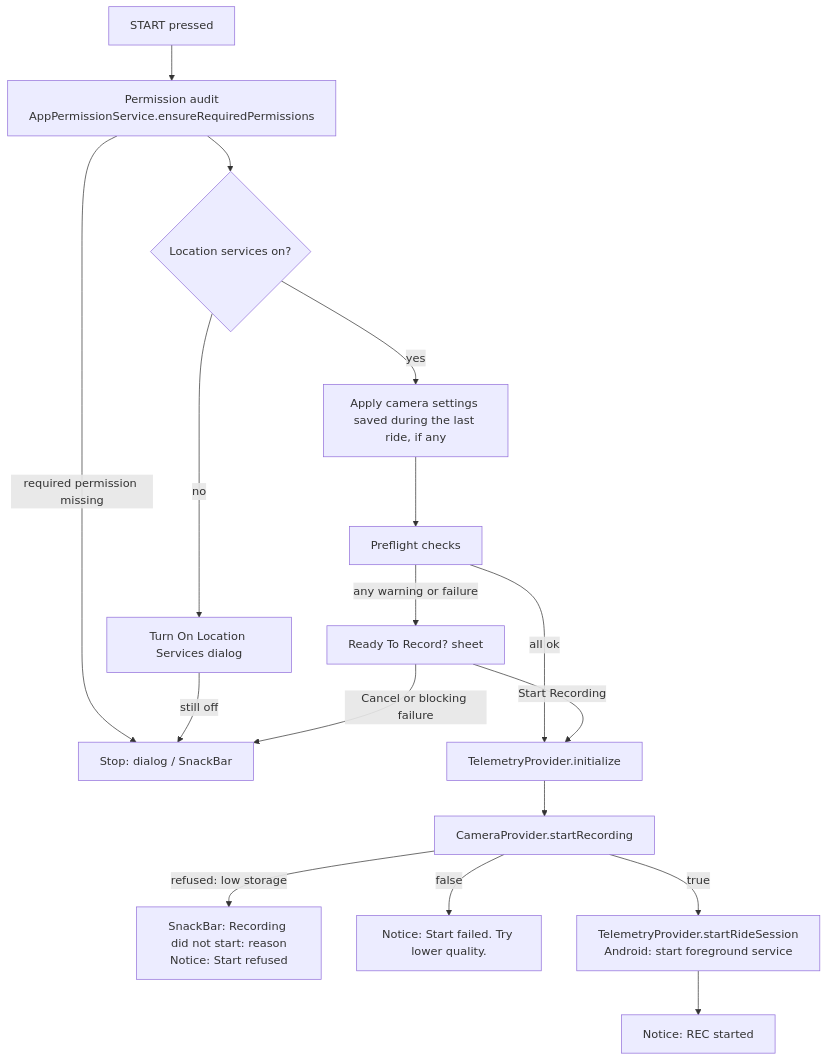
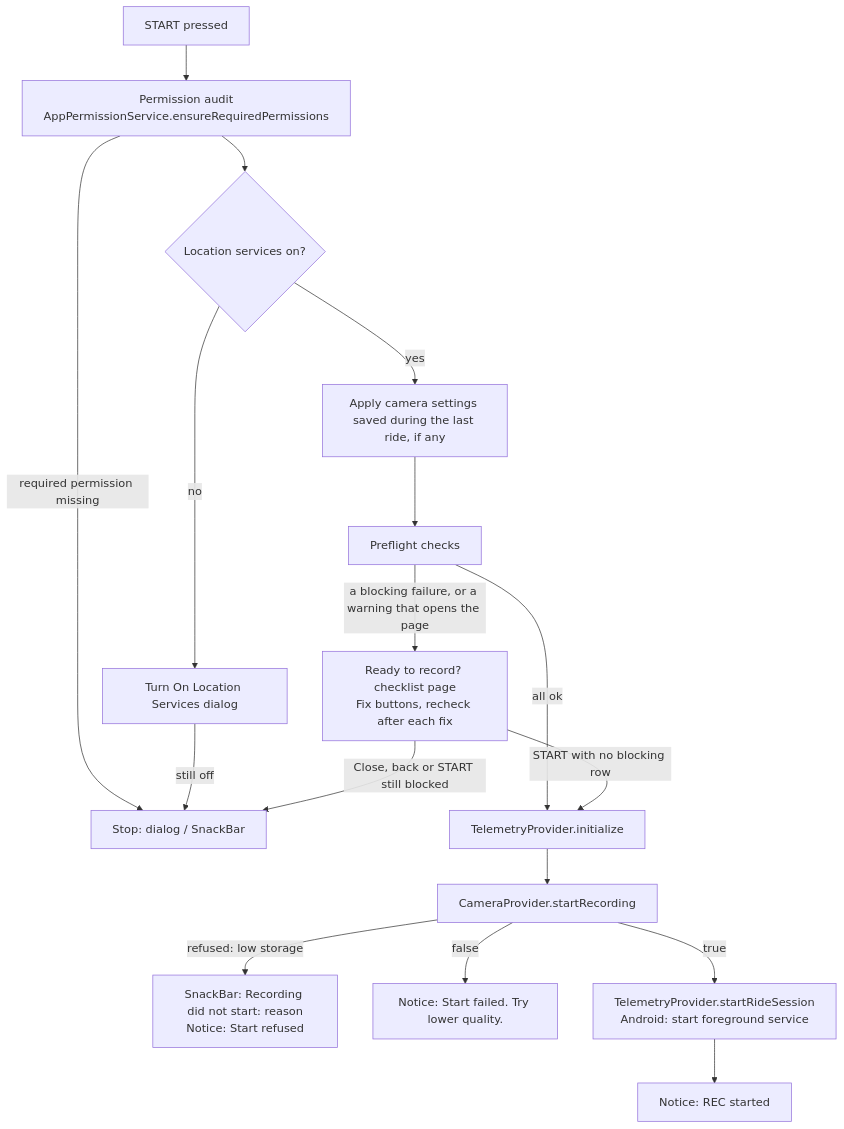
One commit to Sarthak195/MotoCam changed the diagram in docs/features.md. Above: the diagram before and after it, drawn with Mermaid. The commit also changed other lines of this file and 3 other files, not shown here.

````diff
--- a/docs/features.md
+++ b/docs/features.md
@@ -34,17 +34,17 @@
 ```mermaid
 flowchart TD
     A[START pressed] --> B["Permission audit<br/>AppPermissionService.ensureRequiredPermissions"]
     B -->|required permission missing| X["Stop: dialog / SnackBar"]
     B --> C{"Location services on?"}
     C -->|no| D[Turn On Location Services dialog] -->|still off| X
     C -->|yes| P["Apply camera settings saved during the last ride, if any"]
     P --> E[Preflight checks]
     E -->|all ok| F
-    E -->|any warning or failure| S["Ready To Record? sheet"] -->|Cancel or blocking failure| X
-    S -->|Start Recording| F["TelemetryProvider.initialize"]
+    E -->|a blocking failure, or a warning that opens the page| S["Ready to record? checklist page<br/>Fix buttons, recheck after each fix"] -->|Close, back or START still blocked| X
+    S -->|START with no blocking row| F["TelemetryProvider.initialize"]
     F --> G["CameraProvider.startRecording"]
     G -->|refused: low storage| L["SnackBar: Recording did not start: reason<br/>Notice: Start refused"]
     G -->|false| N["Notice: Start failed. Try lower quality."]
     G -->|true| H["TelemetryProvider.startRideSession<br/>Android: start foreground service"]
     H --> R["Notice: REC started"]
 ```
````
